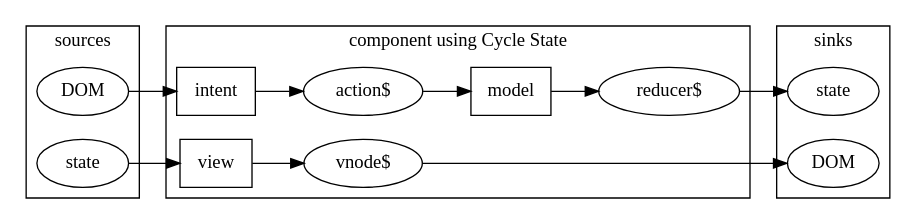
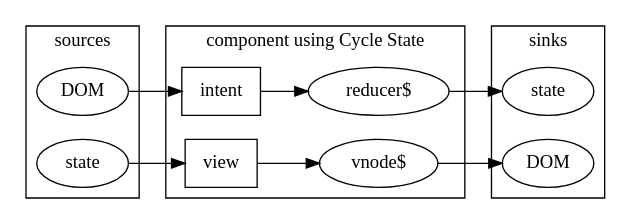
Before and after one commit to krawaller/cycle-example-covid: the diagram in dots/mvi-state.dot, drawn with Graphviz. The commit also changed 3 other files, not shown here.

Commit message:
update mvi state diagrams

```diff
--- a/dots/mvi-state.dot
+++ b/dots/mvi-state.dot
@@ -1,23 +1,22 @@
 digraph {
   bgcolor = white;
   rankdir = LR;
   subgraph cluster_sources {
     label="sources";
     DOM
     state
   }
   subgraph cluster_component {
     label="component using Cycle State"
     reducer [label="reducer$"]
-    actions [label="action$"]
     vnode [label="vnode$"]
-    intent, model, view [shape=rectangle]
+    intent, view [shape=rectangle]
   }
   subgraph cluster_sinks {
     label="sinks"
     DOM2 [label="DOM"]
     state2 [label="state"]
   }
-  DOM -> intent -> actions -> model -> reducer -> state2
+  DOM -> intent -> reducer -> state2
   state -> view -> vnode -> DOM2
 }
```
